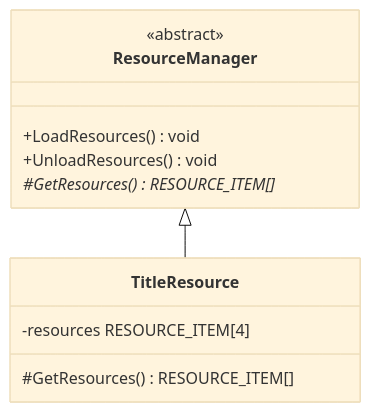
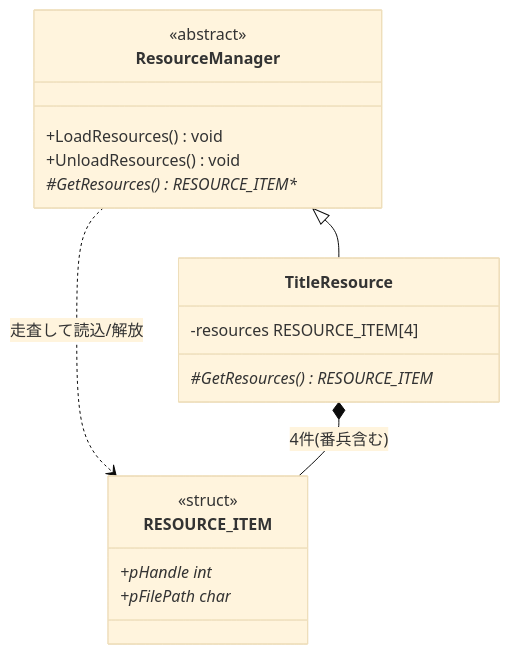
The diagram in spec/uml/diagrams/class_resourceManager.md (asukamekaru98/DragRaceGame2D), drawn with Mermaid (base theme) before and after one commit. The commit also changed other lines of this file and 6 other files, not shown here.

````diff
--- a/spec/uml/diagrams/class_resourceManager.md
+++ b/spec/uml/diagrams/class_resourceManager.md
@@ -1,17 +9,24 @@
 ```mermaid
 classDiagram
-    %% ===== リソース層 =====
+    class RESOURCE_ITEM {
+        <<struct>>
+        +pHandle int*
+        +pFilePath char*
+    }
+
     class ResourceManager {
         <<abstract>>
         +LoadResources() void
         +UnloadResources() void
-        #GetResources()* RESOURCE_ITEM[]
+        #GetResources()* RESOURCE_ITEM*
     }
 
     class TitleResource {
         -resources RESOURCE_ITEM[4]
-        #GetResources() RESOURCE_ITEM[]
+        #GetResources() RESOURCE_ITEM*
     }
 
     ResourceManager <|-- TitleResource
+    ResourceManager ..> RESOURCE_ITEM : 走査して読込/解放
+    TitleResource *-- RESOURCE_ITEM : 4件(番兵含む)
 ```
````
